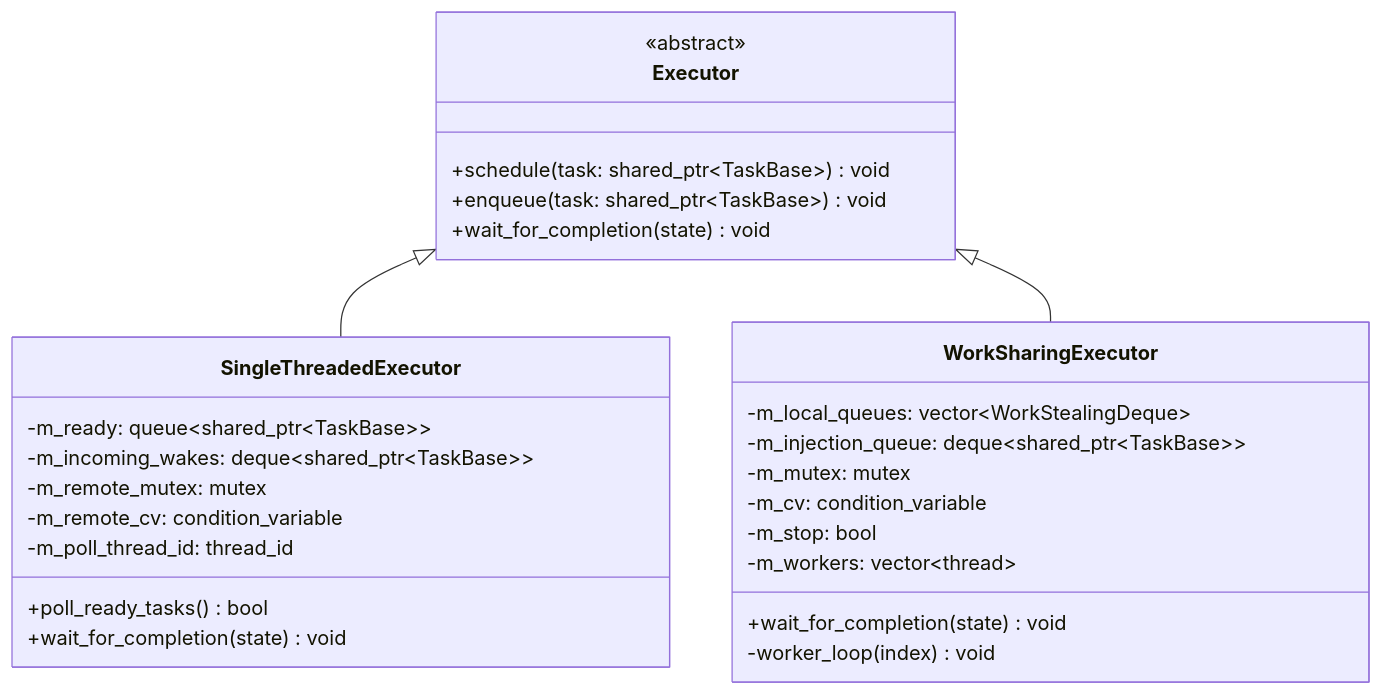
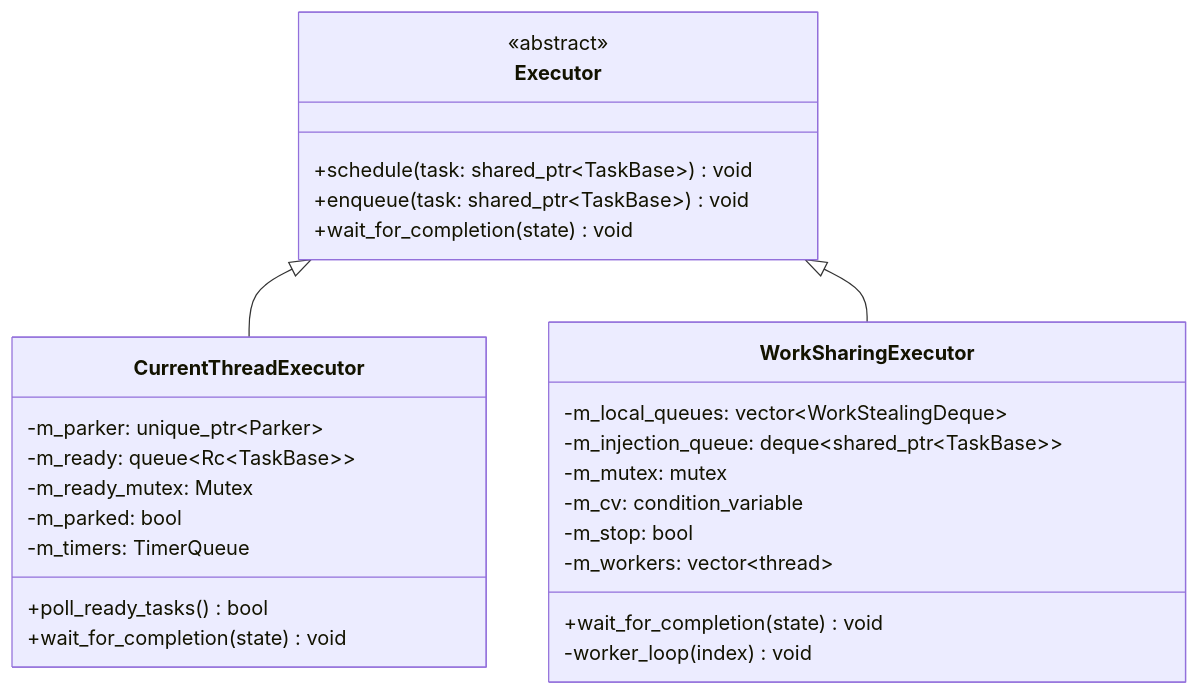
One commit to bts164/coro changed the second of 3 diagrams in doc/design/executor_design.md. Above: the diagram before and after it, drawn with Mermaid. The commit also changed other lines of this file and 48 other files, not shown here.

````diff
--- a/doc/design/executor_design.md
+++ b/doc/design/executor_design.md
@@ -434,30 +448,30 @@
 ```mermaid
 classDiagram
     class Executor {
         <<abstract>>
         +schedule(task: shared_ptr~TaskBase~) void
         +enqueue(task: shared_ptr~TaskBase~) void
         +wait_for_completion(state) void
     }
-    class SingleThreadedExecutor {
-        -m_ready: queue~shared_ptr~TaskBase~~
-        -m_incoming_wakes: deque~shared_ptr~TaskBase~~
-        -m_remote_mutex: mutex
-        -m_remote_cv: condition_variable
-        -m_poll_thread_id: thread_id
+    class CurrentThreadExecutor {
+        -m_parker: unique_ptr~Parker~
+        -m_ready: queue~Rc~TaskBase~~
+        -m_ready_mutex: Mutex
+        -m_parked: bool
+        -m_timers: TimerQueue
         +poll_ready_tasks() bool
         +wait_for_completion(state) void
     }
     class WorkSharingExecutor {
         -m_local_queues: vector~WorkStealingDeque~
         -m_injection_queue: deque~shared_ptr~TaskBase~~
         -m_mutex: mutex
         -m_cv: condition_variable
         -m_stop: bool
         -m_workers: vector~thread~
         +wait_for_completion(state) void
         -worker_loop(index) void
     }
-    Executor <|-- SingleThreadedExecutor
+    Executor <|-- CurrentThreadExecutor
     Executor <|-- WorkSharingExecutor
 ```
````
